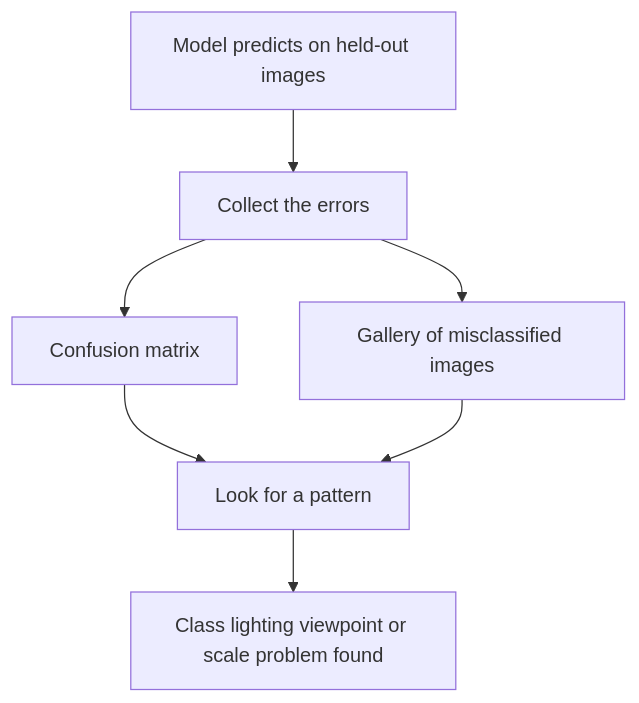
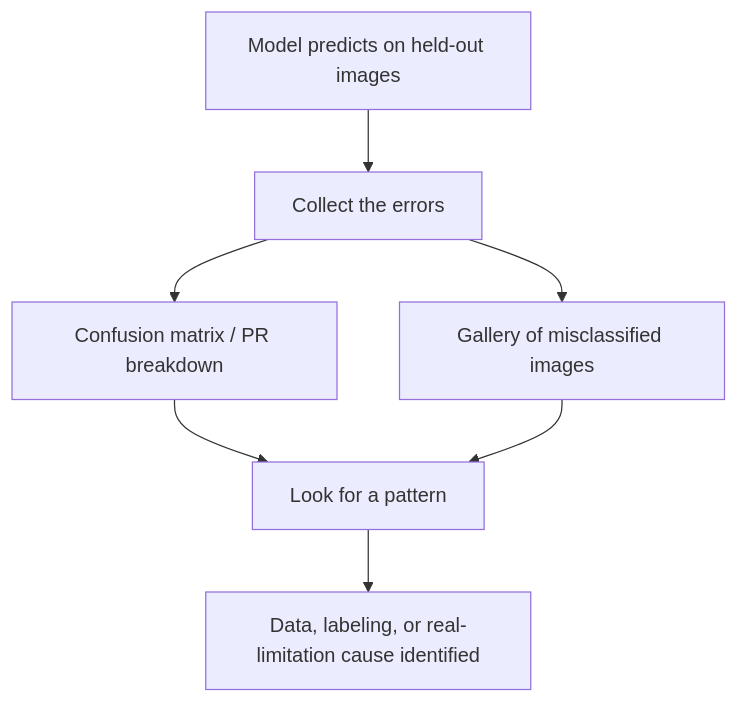
Before and after one commit to CODECRUNCHWORLDWIDE/C56-CRUNCH-VISION: the diagram in curriculum/week-12-capstone-a-computer-vision-system/lecture-notes/02-honest-vision-evaluation.md, drawn with Mermaid. The commit also changed other lines of this file and 254 other files, not shown here.

Commit message:
docs: add diagrams + sync content from curriculum source

````diff
--- a/curriculum/week-12-capstone-a-computer-vision-system/lecture-notes/02-honest-vision-evaluation.md
+++ b/curriculum/week-12-capstone-a-computer-vision-system/lecture-notes/02-honest-vision-evaluation.md
@@ -15,9 +32,9 @@
 ```mermaid
 flowchart TD
   A["Model predicts on held-out images"] --> B["Collect the errors"]
-  B --> C["Confusion matrix"]
+  B --> C["Confusion matrix / PR breakdown"]
   B --> D["Gallery of misclassified images"]
   C --> E["Look for a pattern"]
   D --> E
-  E --> F["Class lighting viewpoint or scale problem found"]
+  E --> F["Data, labeling, or real-limitation cause identified"]
 ```
````
